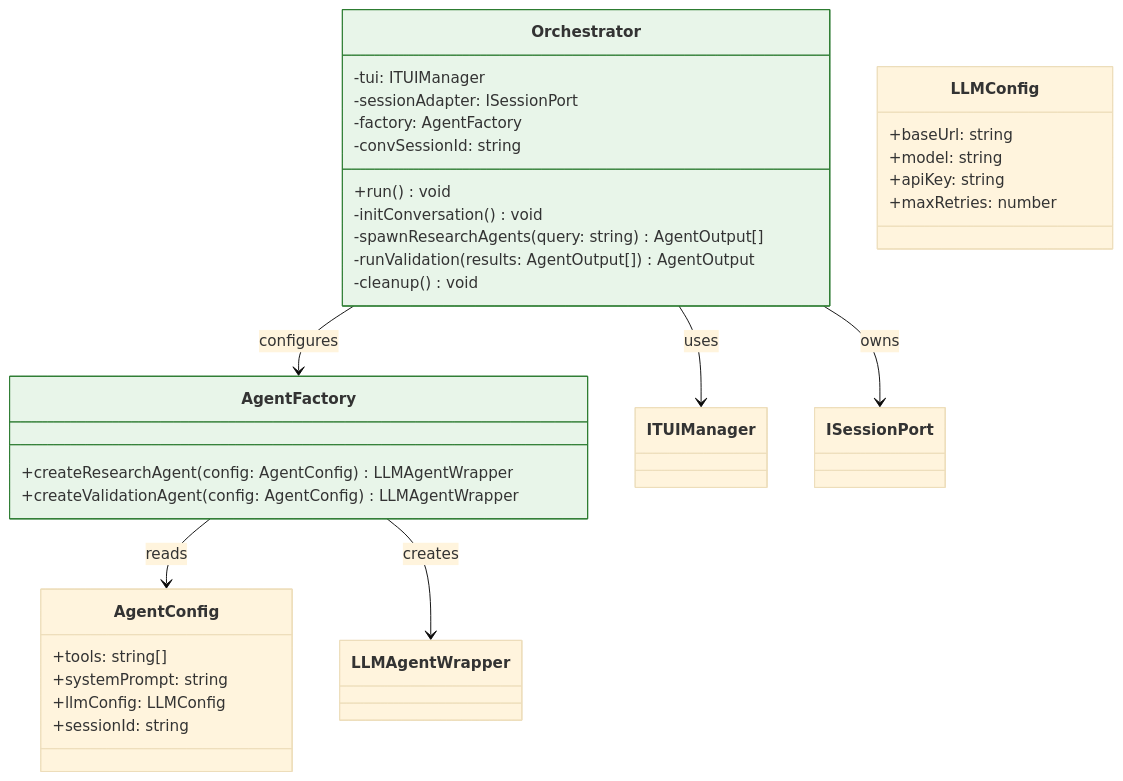
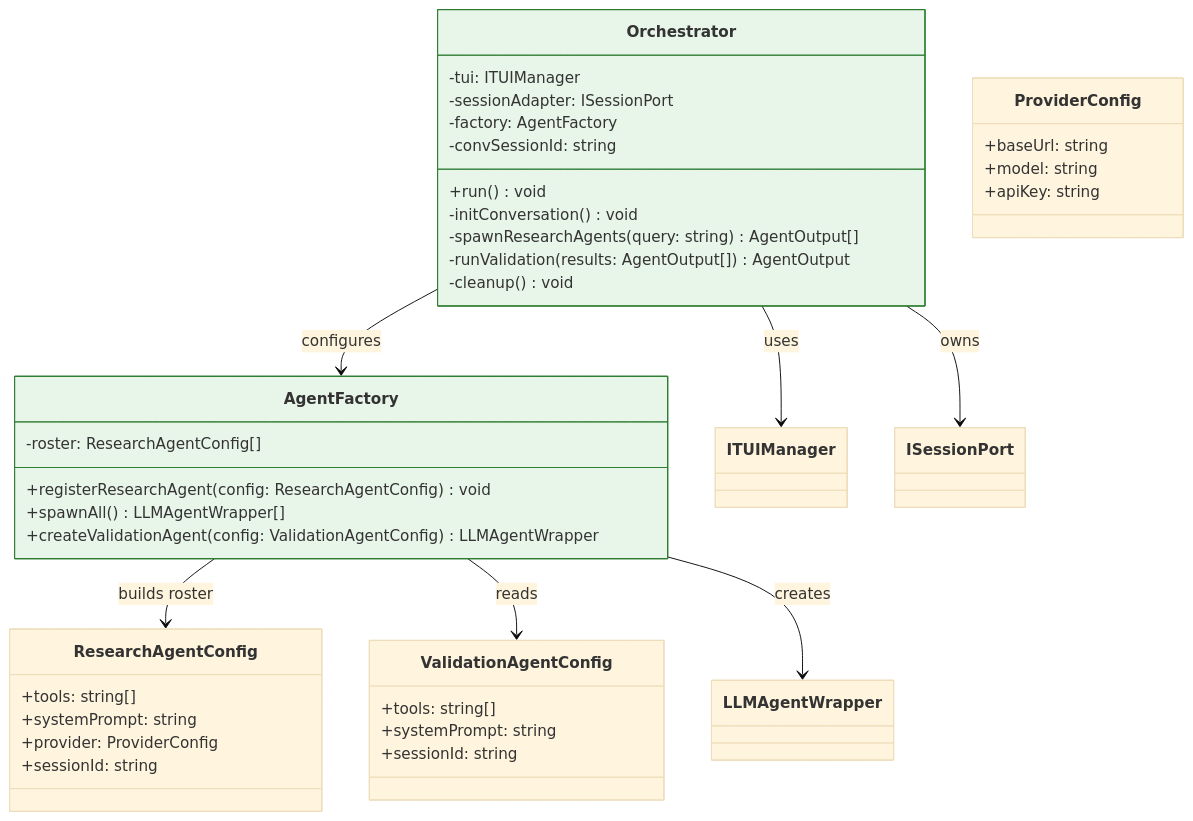
The second of 5 diagrams in _bmad-output/planning-artifacts/class-diagram.md (Glitch-guy0/self-consistency-research-agent), drawn with Mermaid (base theme) before and after one commit. The commit also changed other lines of this file and 7 other files, not shown here.

````diff
--- a/_bmad-output/planning-artifacts/class-diagram.md
+++ b/_bmad-output/planning-artifacts/class-diagram.md
@@ -116,43 +116,51 @@
 ```mermaid
 classDiagram
     class Orchestrator {
         -tui: ITUIManager
         -sessionAdapter: ISessionPort
         -factory: AgentFactory
         -convSessionId: string
         +run() void
         -initConversation() void
         -spawnResearchAgents(query: string) AgentOutput[]
         -runValidation(results: AgentOutput[]) AgentOutput
         -cleanup() void
     }
 
     class AgentFactory {
-        +createResearchAgent(config: AgentConfig) LLMAgentWrapper
-        +createValidationAgent(config: AgentConfig) LLMAgentWrapper
+        -roster: ResearchAgentConfig[]
+        +registerResearchAgent(config: ResearchAgentConfig) void
+        +spawnAll() LLMAgentWrapper[]
+        +createValidationAgent(config: ValidationAgentConfig) LLMAgentWrapper
     }
 
-    class AgentConfig {
+    class ResearchAgentConfig {
         +tools: string[]
         +systemPrompt: string
-        +llmConfig: LLMConfig
+        +provider: ProviderConfig
         +sessionId: string
     }
 
-    class LLMConfig {
+    class ValidationAgentConfig {
+        +tools: string[]
+        +systemPrompt: string
+        +sessionId: string
+    }
+
+    class ProviderConfig {
         +baseUrl: string
         +model: string
         +apiKey: string
-        +maxRetries: number
     }
 
     Orchestrator --> ITUIManager : uses
     Orchestrator --> ISessionPort : owns
     Orchestrator --> AgentFactory : configures
 
-    AgentFactory --> AgentConfig : reads
+    AgentFactory --> ResearchAgentConfig : builds roster
+    AgentFactory --> ValidationAgentConfig : reads
     AgentFactory --> LLMAgentWrapper : creates
 
     style Orchestrator fill:#e8f5e9,stroke:#2e7d32
     style AgentFactory fill:#e8f5e9,stroke:#2e7d32
 ```
````
